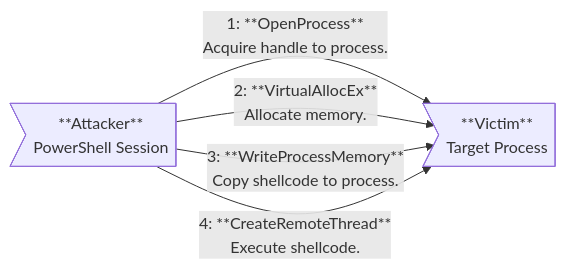
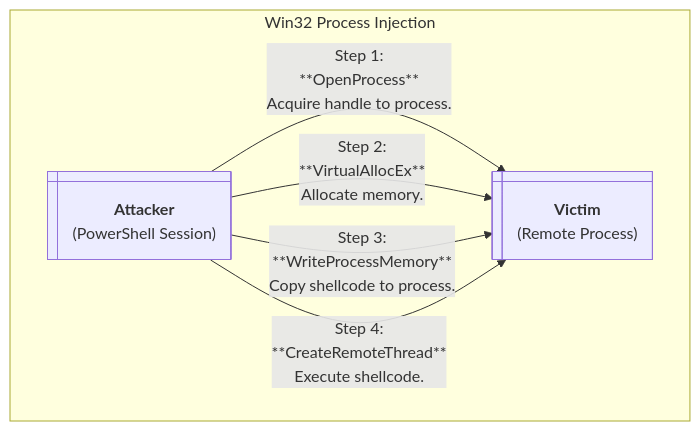
The second of 3 diagrams in README.md (tylerdotrar/ShellcodeLoaderPS), drawn with Mermaid before and after one commit. The commit also changed other lines of this file, not shown here.

Commit message:
Fixed mermaid diagrams within Tech Roadmap.

````diff
--- a/README.md
+++ b/README.md
@@ -65,13 +73,14 @@
 ```mermaid
-flowchart LR
+flowchart TD;
 
 %% Establish Processes
-PS>**Attacker**<br>PowerShell Session]
-Proc>**Victim**<br>Target Process]
+PS@{ shape: win-pane, label: "<b>Attacker</b><br>(PowerShell Session)" }
+Proc@{ shape: win-pane, label: "<b>Victim</b><br>(Remote Process)" }
 
-%% Execution Chain
-PS --> | 1: **OpenProcess**<br>Acquire handle to process.  | Proc
-PS --> | 2: **VirtualAllocEx**<br>Allocate memory. | Proc
-PS --> | 3: **WriteProcessMemory**<br>Copy shellcode to process. | Proc
-PS --> | 4: **CreateRemoteThread**<br>Execute shellcode. | Proc
+subgraph Win32 Process Injection
+  PS --> | Step 1:<br>**OpenProcess**<br>Acquire handle to process.  | Proc
+  PS --> | Step 2:<br>**VirtualAllocEx**<br>Allocate memory. | Proc
+  PS --> | Step 3:<br>**WriteProcessMemory**<br>Copy shellcode to process. | Proc
+  PS --> | Step 4:<br>**CreateRemoteThread**<br>Execute shellcode. | Proc
+end
 ```
````
